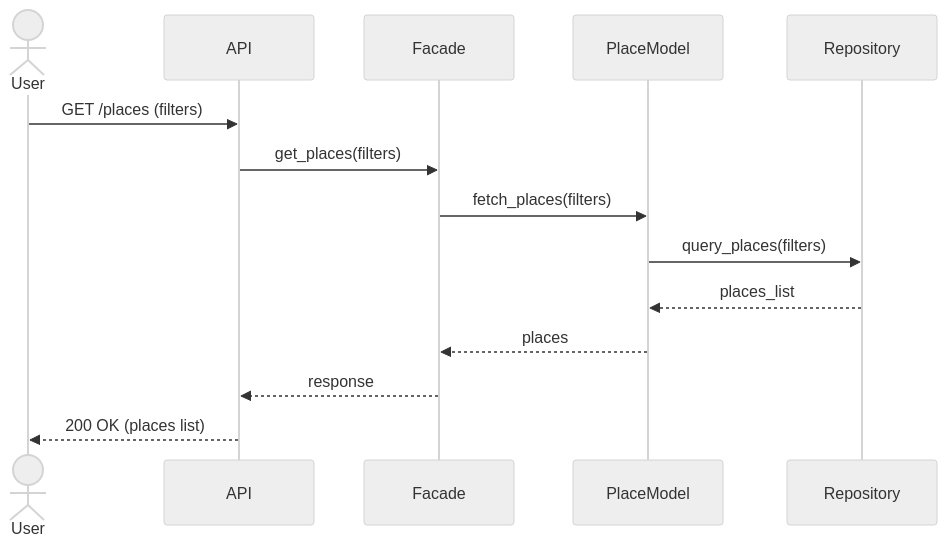
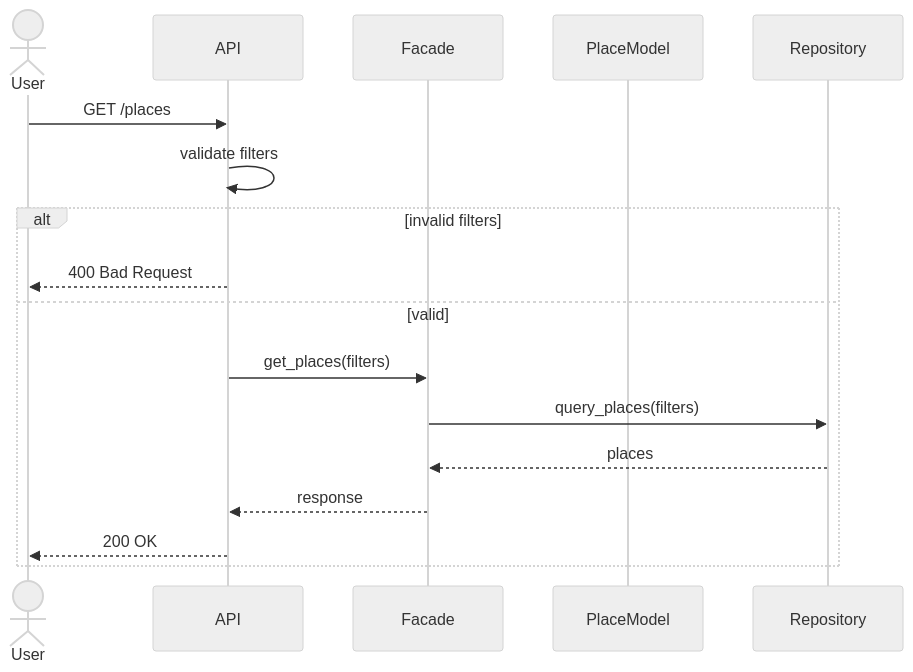
One commit to SaraEstelle/holbertonschool-hbnb changed the fourth of 4 diagrams in part1/Sequence-Diagrams_for_API_Calls.md. Above: the diagram before and after it, drawn with Mermaid (neutral theme). The commit also changed other lines of this file, not shown here.

Commit message:
diagrams_with_constraints

````diff
--- a/part1/Sequence-Diagrams_for_API_Calls.md
+++ b/part1/Sequence-Diagrams_for_API_Calls.md
@@ -81,17 +114,22 @@
 ```mermaid
 sequenceDiagram
     actor User
     participant API
     participant Facade
     participant PlaceModel
     participant Repository
 
-    User ->> API: GET /places (filters)
-    API ->> Facade: get_places(filters)
-    Facade ->> PlaceModel: fetch_places(filters)
-    PlaceModel ->> Repository: query_places(filters)
-    Repository -->> PlaceModel: places_list
-    PlaceModel -->> Facade: places
-    Facade -->> API: response
-    API -->> User: 200 OK (places list)
+    User ->> API: GET /places
+
+    API ->> API: validate filters
+
+    alt invalid filters
+        API -->> User: 400 Bad Request
+    else valid
+        API ->> Facade: get_places(filters)
+        Facade ->> Repository: query_places(filters)
+        Repository -->> Facade: places
+        Facade -->> API: response
+        API -->> User: 200 OK
+    end
 ```
````
